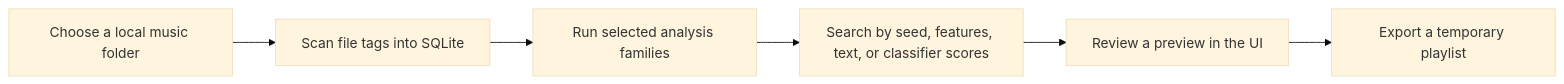
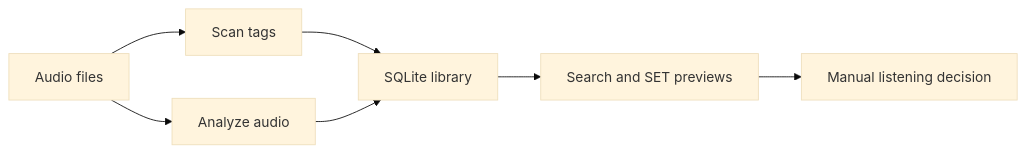
The diagram in docs/dj-track-similarity/index.md (MeteorBurn/dj-track-similarity), drawn with Mermaid (base theme) before and after one commit. The commit also changed other lines of this file and 564 other files, not shown here.

````diff
--- a/docs/dj-track-similarity/index.md
+++ b/docs/dj-track-similarity/index.md
@@ -129,8 +17,9 @@
 ```mermaid
 flowchart LR
-    A[Choose a local music folder] --> B[Scan file tags into SQLite]
-    B --> C[Run selected analysis families]
-    C --> D[Search by seed, features, text, or classifier scores]
-    D --> E[Review a preview in the UI]
-    E --> F[Export a temporary playlist]
+    A[Audio files] --> B[Scan tags]
+    B --> C[SQLite library]
+    A --> D[Analyze audio]
+    D --> C
+    C --> E[Search and SET previews]
+    E --> F[Manual listening decision]
 ```
````
